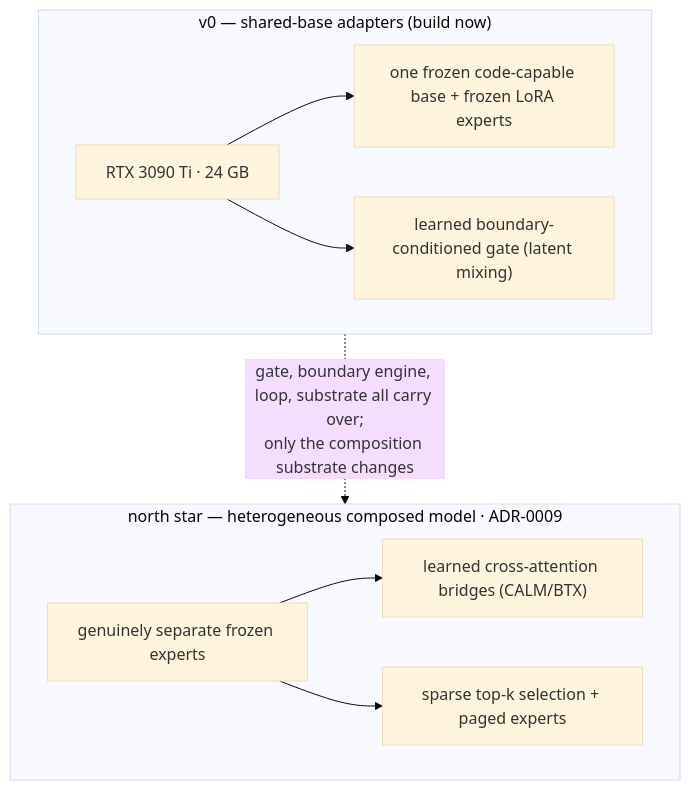
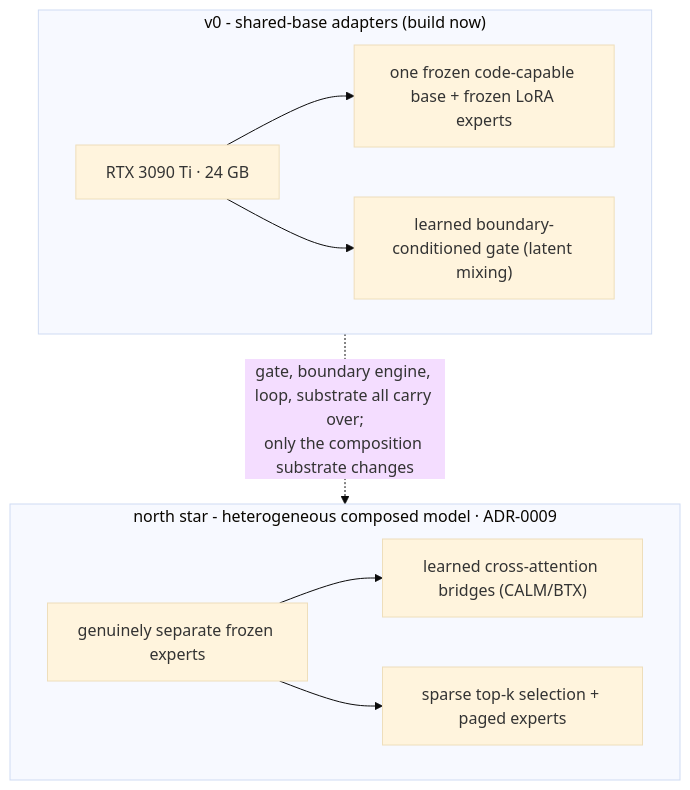
The fourth of 5 diagrams in docs/architecture.md (albedosehen/antumbra), drawn with Mermaid (base theme) before and after one commit. The commit also changed other lines of this file and 20 other files, not shown here.

````diff
--- a/docs/architecture.md
+++ b/docs/architecture.md
@@ -103,14 +103,14 @@
 ```mermaid
 flowchart TB
-    subgraph V0["v0 — shared-base adapters (build now)"]
+    subgraph V0["v0 - shared-base adapters (build now)"]
         G["RTX 3090 Ti · 24 GB"]
         G --> S1["one frozen code-capable base + frozen LoRA experts"]
         G --> S2["learned boundary-conditioned gate (latent mixing)"]
     end
-    subgraph NS["north star — heterogeneous composed model · ADR-0009"]
+    subgraph NS["north star - heterogeneous composed model · ADR-0009"]
         H["genuinely separate frozen experts"]
         H --> H1["learned cross-attention bridges (CALM/BTX)"]
         H --> H2["sparse top-k selection + paged experts"]
     end
     V0 -. "gate, boundary engine, loop, substrate all carry over;<br/>only the composition substrate changes" .-> NS
 ```
````
